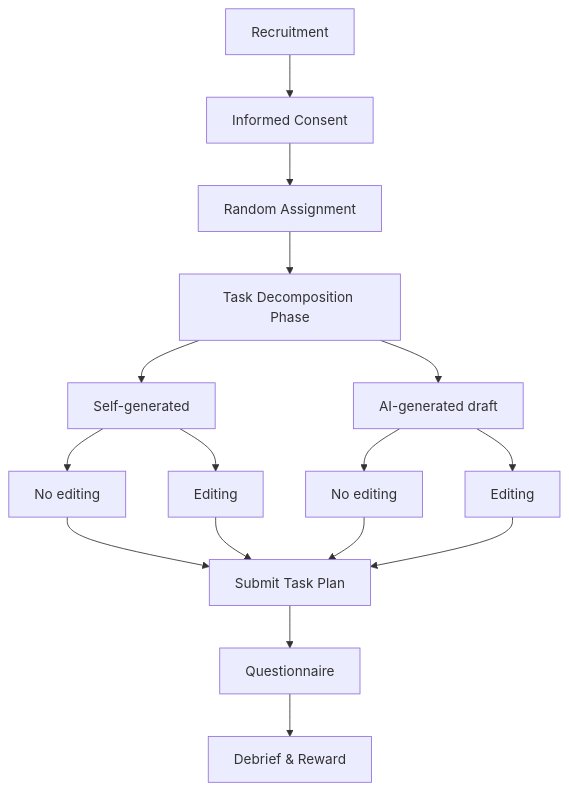
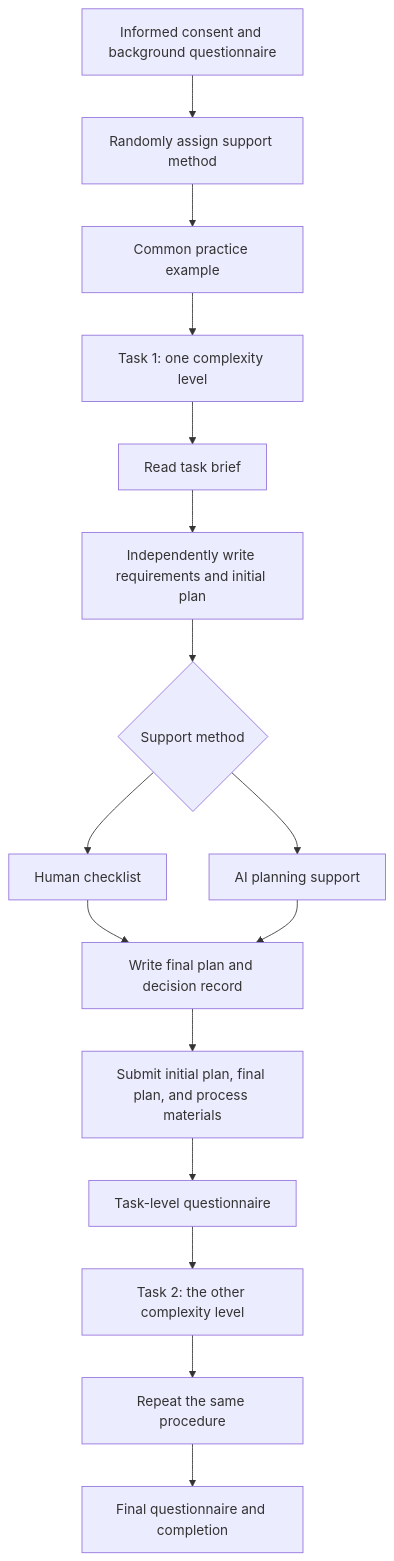
Before and after one commit to coco123-123/ADS401.G.github.io: the second of 4 diagrams in README.md, drawn with Mermaid. The commit also changed other lines of this file, not shown here.

````diff
--- a/README.md
+++ b/README.md
@@ -190,22 +323,18 @@
 ```mermaid
 flowchart TD
-    A[Recruitment] --> B[Informed Consent]
-    B --> C[Random Assignment]
-    C --> D[Task Decomposition Phase]
-
-    D --> E1[Self-generated]
-    D --> E2[AI-generated draft]
-
-    E1 --> F1[No editing]
-    E1 --> F2[Editing]
-    E2 --> F3[No editing]
-    E2 --> F4[Editing]
-
-    F1 --> G[Submit Task Plan]
+    A[Informed consent and background questionnaire] --> B[Randomly assign support method]
+    B --> C[Common practice example]
+    C --> D[Task 1: one complexity level]
+    D --> E1[Read task brief]
+    E1 --> E2[Independently write requirements and initial plan]
+    E2 --> E3{Support method}
+    E3 --> F1[Human checklist]
+    E3 --> F2[AI planning support]
+    F1 --> G[Write final plan and decision record]
     F2 --> G
-    F3 --> G
-    F4 --> G
-
-    G --> H[Questionnaire]
-    H --> I[Debrief & Reward]
+    G --> H[Submit initial plan, final plan, and process materials]
+    H --> I[Task-level questionnaire]
+    I --> J[Task 2: the other complexity level]
+    J --> K[Repeat the same procedure]
+    K --> L[Final questionnaire and completion]
 ```
````
